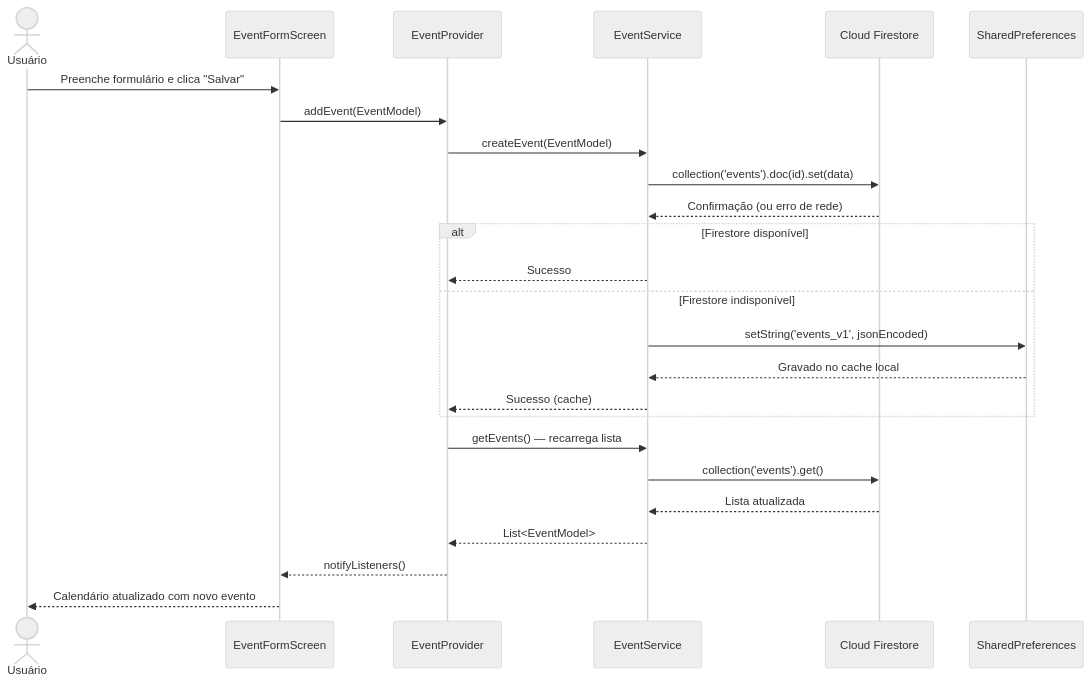
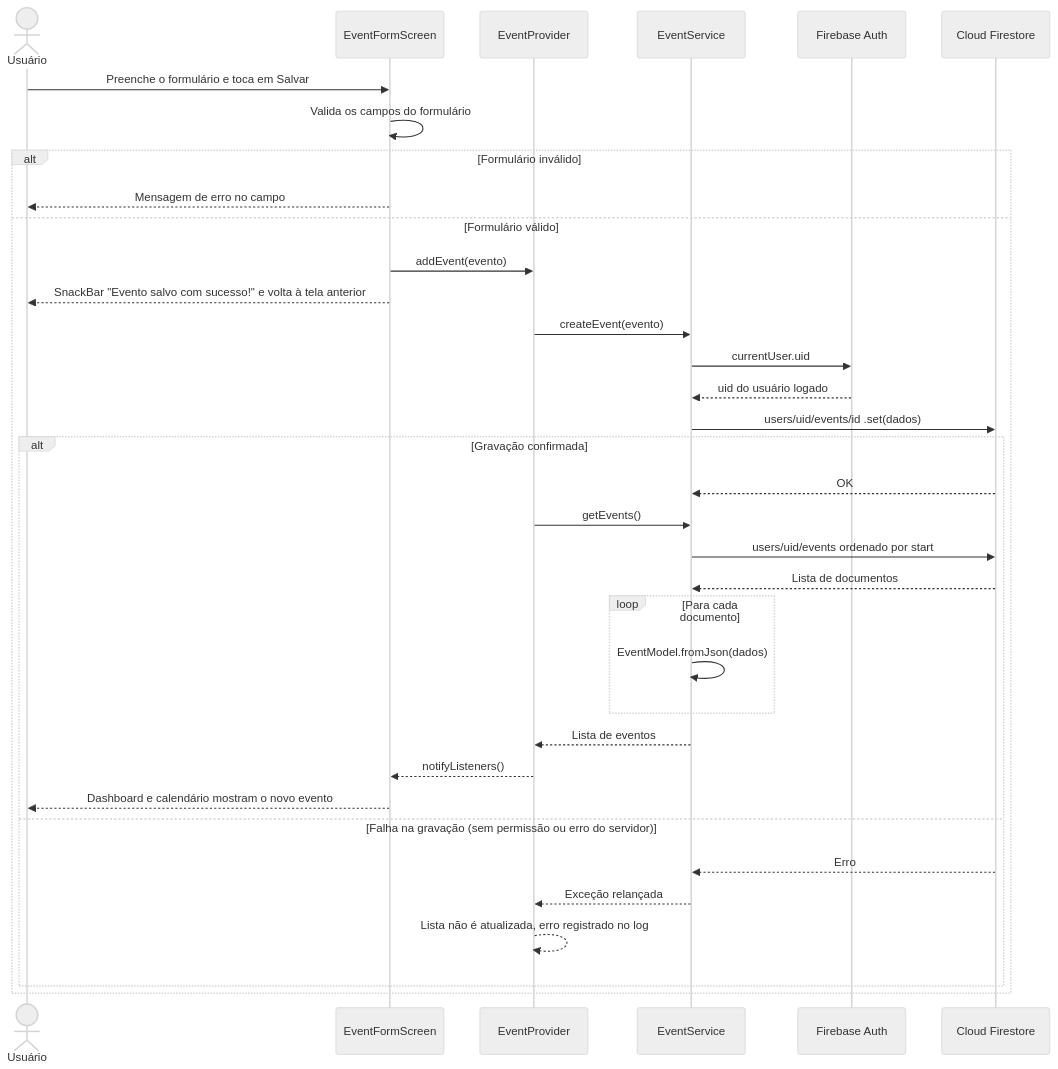
One commit to Leptospirose-Aguda/agendify changed the third of 4 diagrams in docs/02-arquitetura.md. Above: the diagram before and after it, drawn with Mermaid (neutral theme). The commit also changed other lines of this file and 2 other files, not shown here.

````diff
--- a/docs/02-arquitetura.md
+++ b/docs/02-arquitetura.md
@@ -58,31 +103,38 @@
 ```mermaid
 sequenceDiagram
     actor U as Usuário
     participant UI as EventFormScreen
     participant EP as EventProvider
     participant ES as EventService
+    participant FA as Firebase Auth
     participant FS as Cloud Firestore
-    participant SP as SharedPreferences
 
-    U->>UI: Preenche formulário e clica "Salvar"
-    UI->>EP: addEvent(EventModel)
-    EP->>ES: createEvent(EventModel)
-
-    ES->>FS: collection('events').doc(id).set(data)
-    FS-->>ES: Confirmação (ou erro de rede)
-
-    alt Firestore disponível
-        ES-->>EP: Sucesso
-    else Firestore indisponível
-        ES->>SP: setString('events_v1', jsonEncoded)
-        SP-->>ES: Gravado no cache local
-        ES-->>EP: Sucesso (cache)
+    U->>UI: Preenche o formulário e toca em Salvar
+    UI->>UI: Valida os campos do formulário
+    alt Formulário inválido
+        UI-->>U: Mensagem de erro no campo
+    else Formulário válido
+        UI->>EP: addEvent(evento)
+        UI-->>U: SnackBar "Evento salvo com sucesso!" e volta à tela anterior
+        EP->>ES: createEvent(evento)
+        ES->>FA: currentUser.uid
+        FA-->>ES: uid do usuário logado
+        ES->>FS: users/uid/events/id .set(dados)
+        alt Gravação confirmada
+            FS-->>ES: OK
+            EP->>ES: getEvents()
+            ES->>FS: users/uid/events ordenado por start
+            FS-->>ES: Lista de documentos
+            loop Para cada documento
+                ES->>ES: EventModel.fromJson(dados)
+            end
+            ES-->>EP: Lista de eventos
+            EP-->>UI: notifyListeners()
+            UI-->>U: Dashboard e calendário mostram o novo evento
+        else Falha na gravação (sem permissão ou erro do servidor)
+            FS-->>ES: Erro
+            ES-->>EP: Exceção relançada
+            EP-->>EP: Lista não é atualizada, erro registrado no log
+        end
     end
-
-    EP->>ES: getEvents() — recarrega lista
-    ES->>FS: collection('events').get()
-    FS-->>ES: Lista atualizada
-    ES-->>EP: List<EventModel>
-    EP-->>UI: notifyListeners()
-    UI-->>U: Calendário atualizado com novo evento
 ```
````
